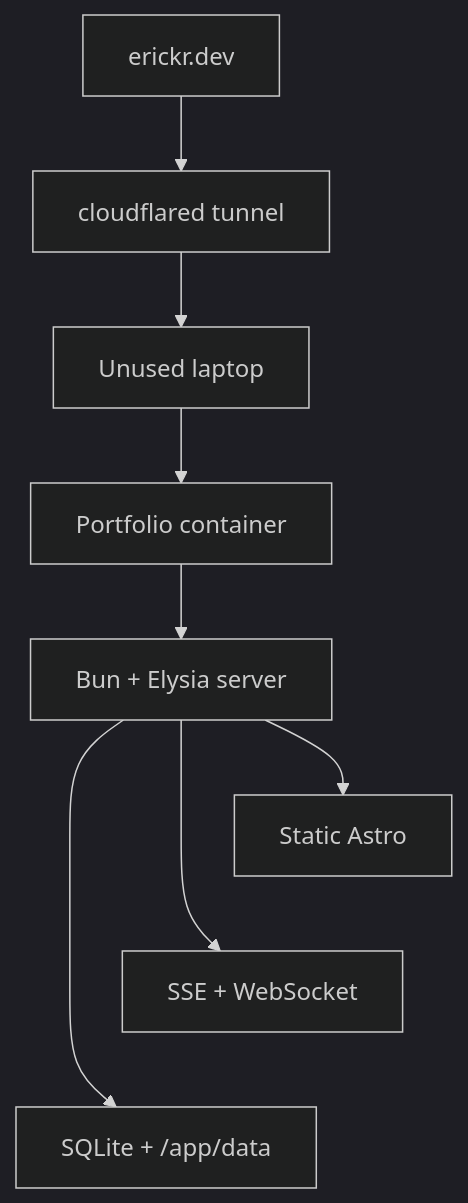
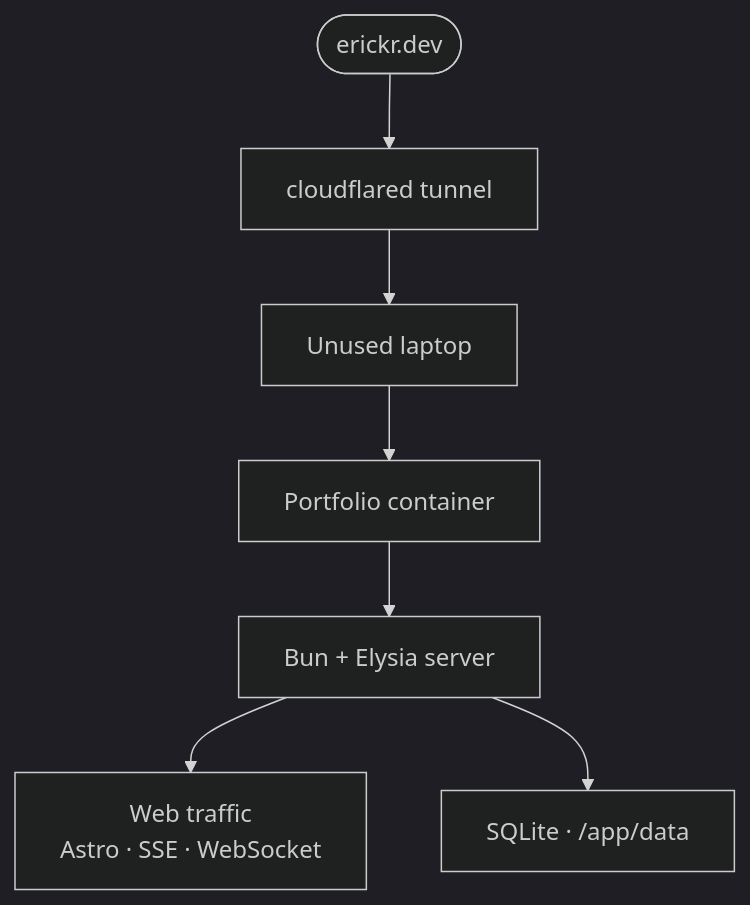
One commit to ErickCReis/ErickCReis changed the first of 2 diagrams in web/content/blog/rewriting-my-portfolio-for-self-hosting.mdx. Above: the diagram before and after it, drawn with Mermaid (dark theme). The commit also changed other lines of this file and 23 other files, not shown here.

Commit message:
Polish Mermaid diagrams across blog posts

````diff
--- a/web/content/blog/rewriting-my-portfolio-for-self-hosting.mdx
+++ b/web/content/blog/rewriting-my-portfolio-for-self-hosting.mdx
@@ -33,11 +33,9 @@
-```mermaid
+```mermaid center
 flowchart TB
-  Domain["erickr.dev"] --> Tunnel["cloudflared tunnel"]
+  Domain(["erickr.dev"]) --> Tunnel["cloudflared tunnel"]
   Tunnel --> Host["Unused laptop"]
   Host --> Container["Portfolio container"]
   Container --> Server["Bun + Elysia server"]
-  Server --> Static["Static Astro"]
-  Server --> Live["SSE + WebSocket"]
-  Server --> Data["SQLite + /app/data"]
-  Static ~~~ Live ~~~ Data
+  Server --> Web["Web traffic<br/>Astro · SSE · WebSocket"]
+  Server --> Data["SQLite · /app/data"]
 ```
````
